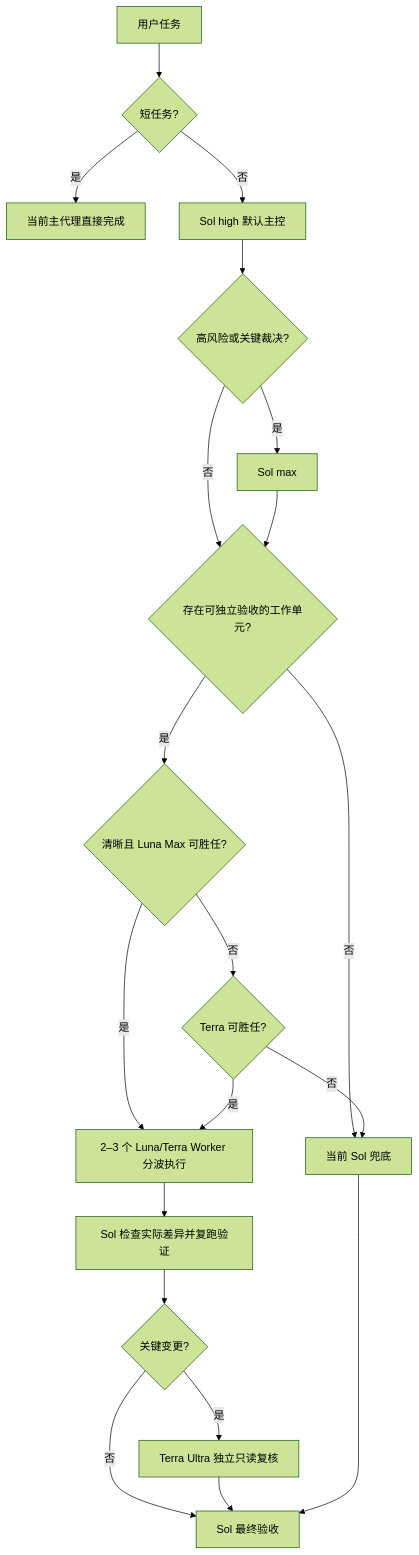
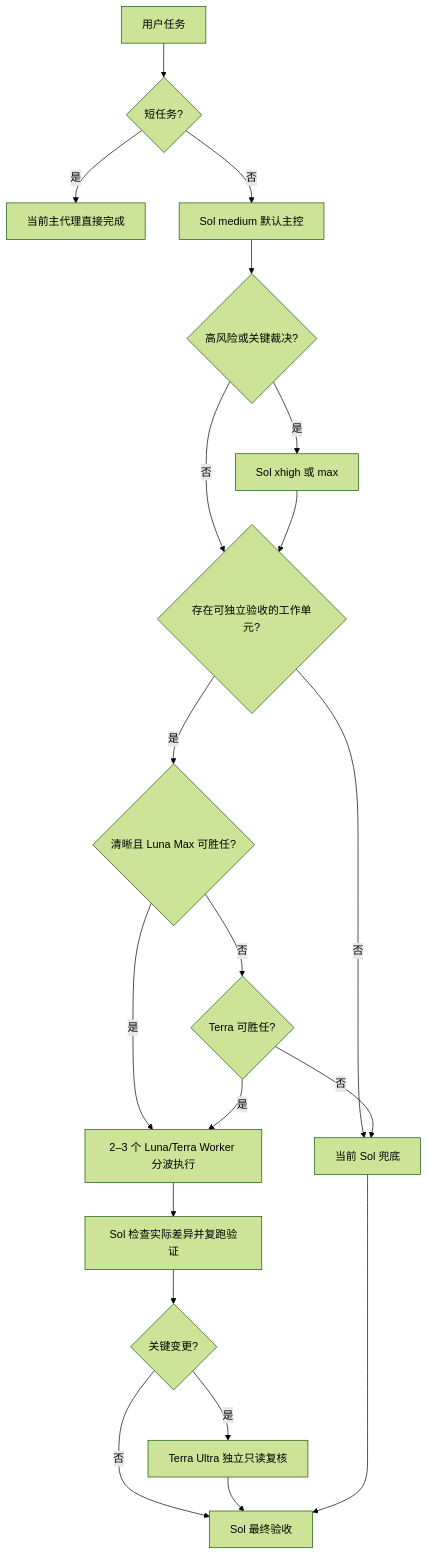
Before and after one commit to 9holy/codex-quality-orchestrator: the diagram in docs/OPERATING_GUIDE.md, drawn with Mermaid (forest theme). The commit also changed other lines of this file and 9 other files, not shown here.

````diff
--- a/docs/OPERATING_GUIDE.md
+++ b/docs/OPERATING_GUIDE.md
@@ -21,22 +21,22 @@
 ```mermaid
 flowchart TD
     A[用户任务] --> B{短任务?}
     B -->|是| C[当前主代理直接完成]
-    B -->|否| D[Sol high 默认主控]
+    B -->|否| D[Sol medium 默认主控]
     D --> E{高风险或关键裁决?}
-    E -->|是| F[Sol max]
+    E -->|是| F[Sol xhigh 或 max]
     E -->|否| I{存在可独立验收的工作单元?}
     F --> I
     I -->|否| H[当前 Sol 兜底]
     I -->|是| G{清晰且 Luna Max 可胜任?}
     G -->|是| J[2–3 个 Luna/Terra Worker 分波执行]
     G -->|否| O{Terra 可胜任?}
     O -->|是| J
     O -->|否| H
     J --> K[Sol 检查实际差异并复跑验证]
     K --> L{关键变更?}
     L -->|是| M[Terra Ultra 独立只读复核]
     L -->|否| N[Sol 最终验收]
     M --> N
     H --> N
 ```
````
